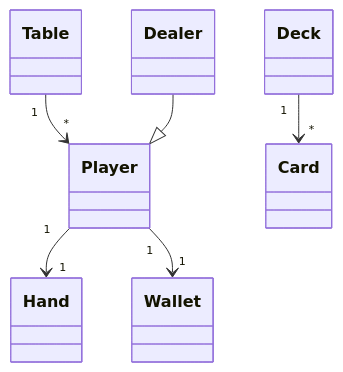
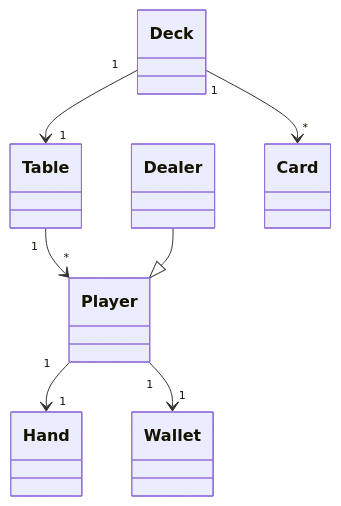
The diagram in pyker/docs/diagrams.rst (mentikora/pyxpenses), drawn with Mermaid before and after one commit. The commit also changed 2 other files, not shown here.

Commit message:
chore: add pyright, commitizen

```diff
--- a/pyker/docs/diagrams.rst
+++ b/pyker/docs/diagrams.rst
@@ -4,8 +4,9 @@
 .. mermaid::
 
     classDiagram
         Player "1" --> "1" Hand
         Player "1" --> "1" Wallet
         Table "1" --> "*" Player
         Dealer --|> Player
         Deck "1" --> "*" Card
+        Deck "1" --> "1" Table
```
